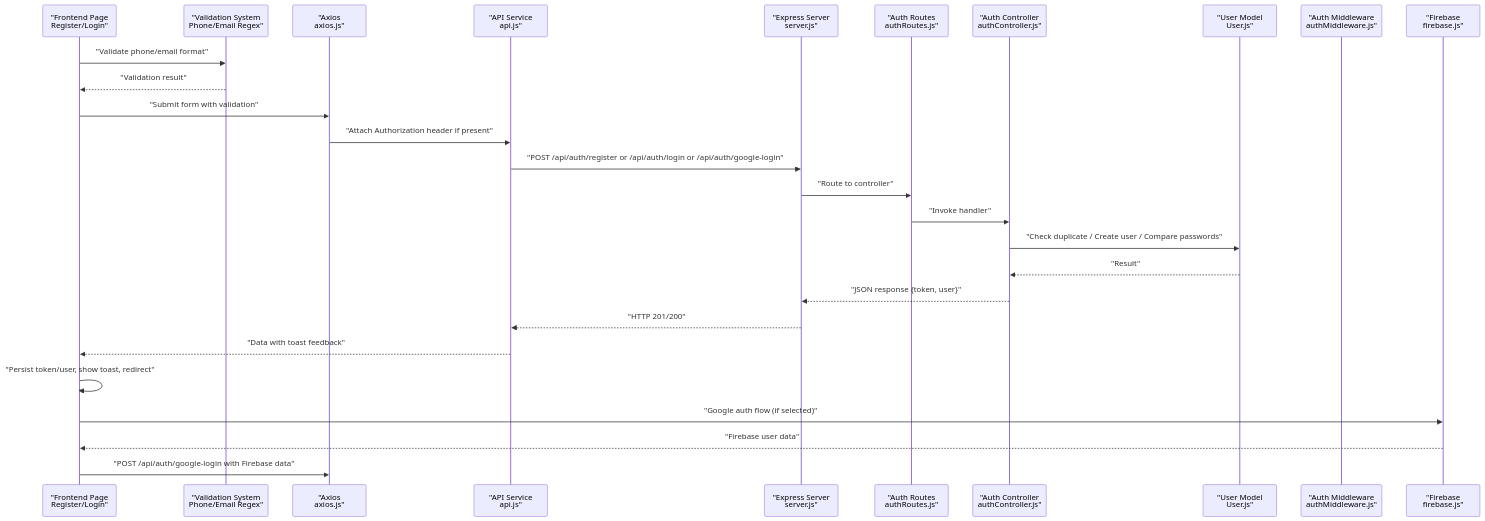
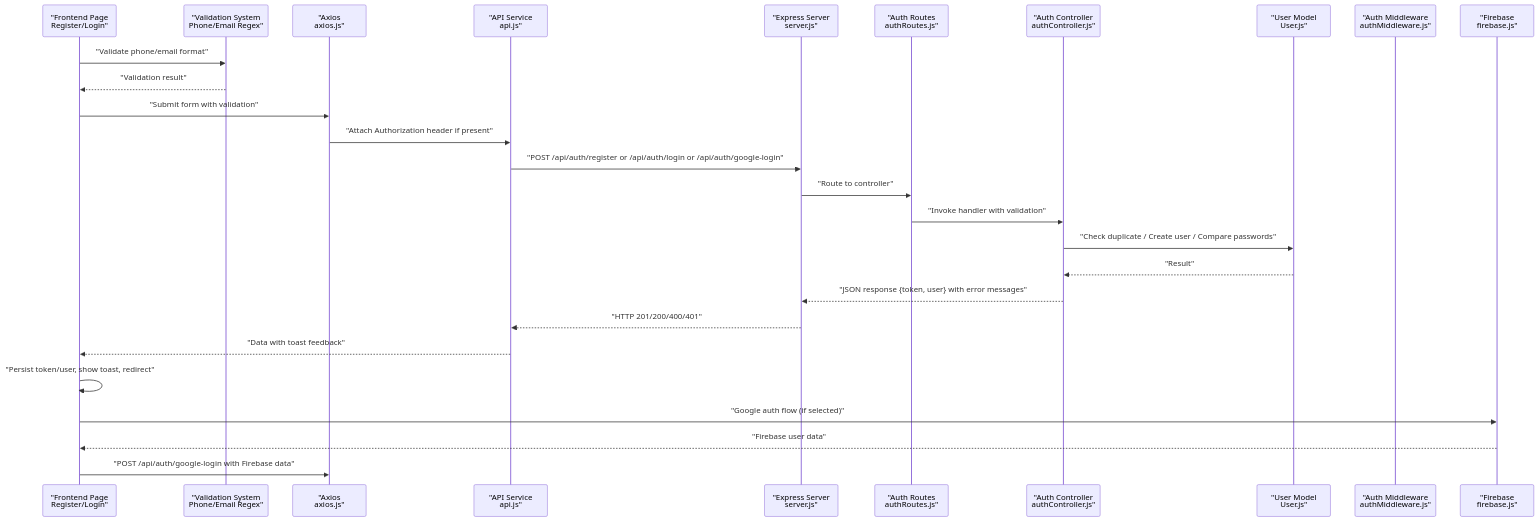
The second of 11 diagrams in .qoder/repowiki/en/content/Authentication & Authorization/Login & Registration Process.md (Pavan-PSPK9032/TrendsandToss), drawn with Mermaid before and after one commit. The commit also changed other lines of this file and 27 other files, not shown here.

First line of the commit message:
docs(auth): enhance authentication docs with validation and error handling improvements

````diff
--- a/.qoder/repowiki/en/content/Authentication & Authorization/Login & Registration Process.md
+++ b/.qoder/repowiki/en/content/Authentication & Authorization/Login & Registration Process.md
@@ -144,29 +146,29 @@
 ```mermaid
 sequenceDiagram
 participant FE as "Frontend Page<br/>Register/Login"
 participant VAL as "Validation System<br/>Phone/Email Regex"
 participant AX as "Axios<br/>axios.js"
 participant API as "API Service<br/>api.js"
 participant SRV as "Express Server<br/>server.js"
 participant RT as "Auth Routes<br/>authRoutes.js"
 participant CTRL as "Auth Controller<br/>authController.js"
 participant MDL as "User Model<br/>User.js"
 participant MW as "Auth Middleware<br/>authMiddleware.js"
 participant FIRE as "Firebase<br/>firebase.js"
 FE->>VAL : "Validate phone/email format"
 VAL-->>FE : "Validation result"
 FE->>AX : "Submit form with validation"
 AX->>API : "Attach Authorization header if present"
 API->>SRV : "POST /api/auth/register or /api/auth/login or /api/auth/google-login"
 SRV->>RT : "Route to controller"
-RT->>CTRL : "Invoke handler"
+RT->>CTRL : "Invoke handler with validation"
 CTRL->>MDL : "Check duplicate / Create user / Compare passwords"
 MDL-->>CTRL : "Result"
-CTRL-->>SRV : "JSON response {token, user}"
-SRV-->>API : "HTTP 201/200"
+CTRL-->>SRV : "JSON response {token, user} with error messages"
+SRV-->>API : "HTTP 201/200/400/401"
 API-->>FE : "Data with toast feedback"
 FE->>FE : "Persist token/user, show toast, redirect"
 FE->>FIRE : "Google auth flow (if selected)"
 FIRE-->>FE : "Firebase user data"
 FE->>AX : "POST /api/auth/google-login with Firebase data"
 ```
````
